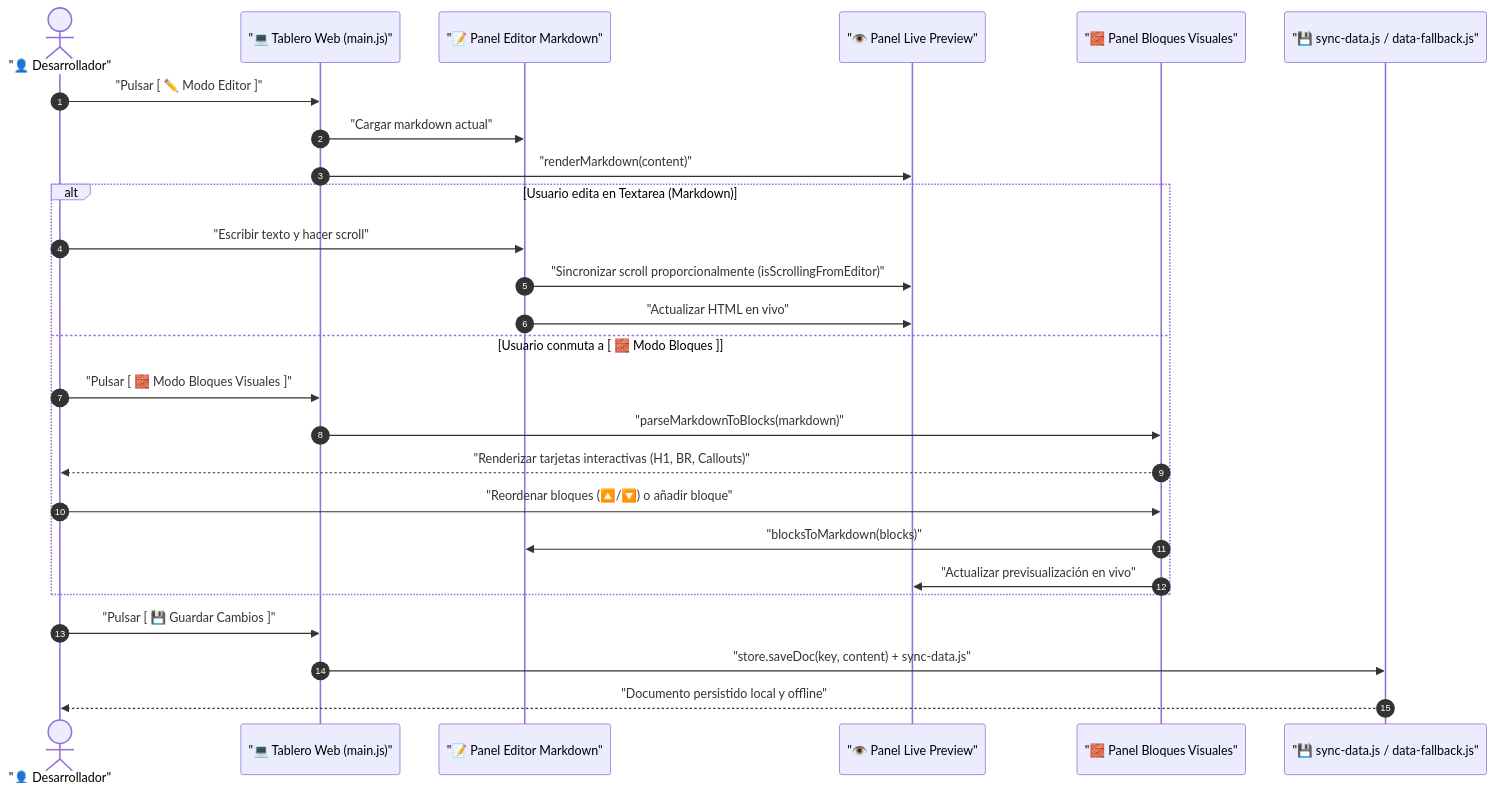
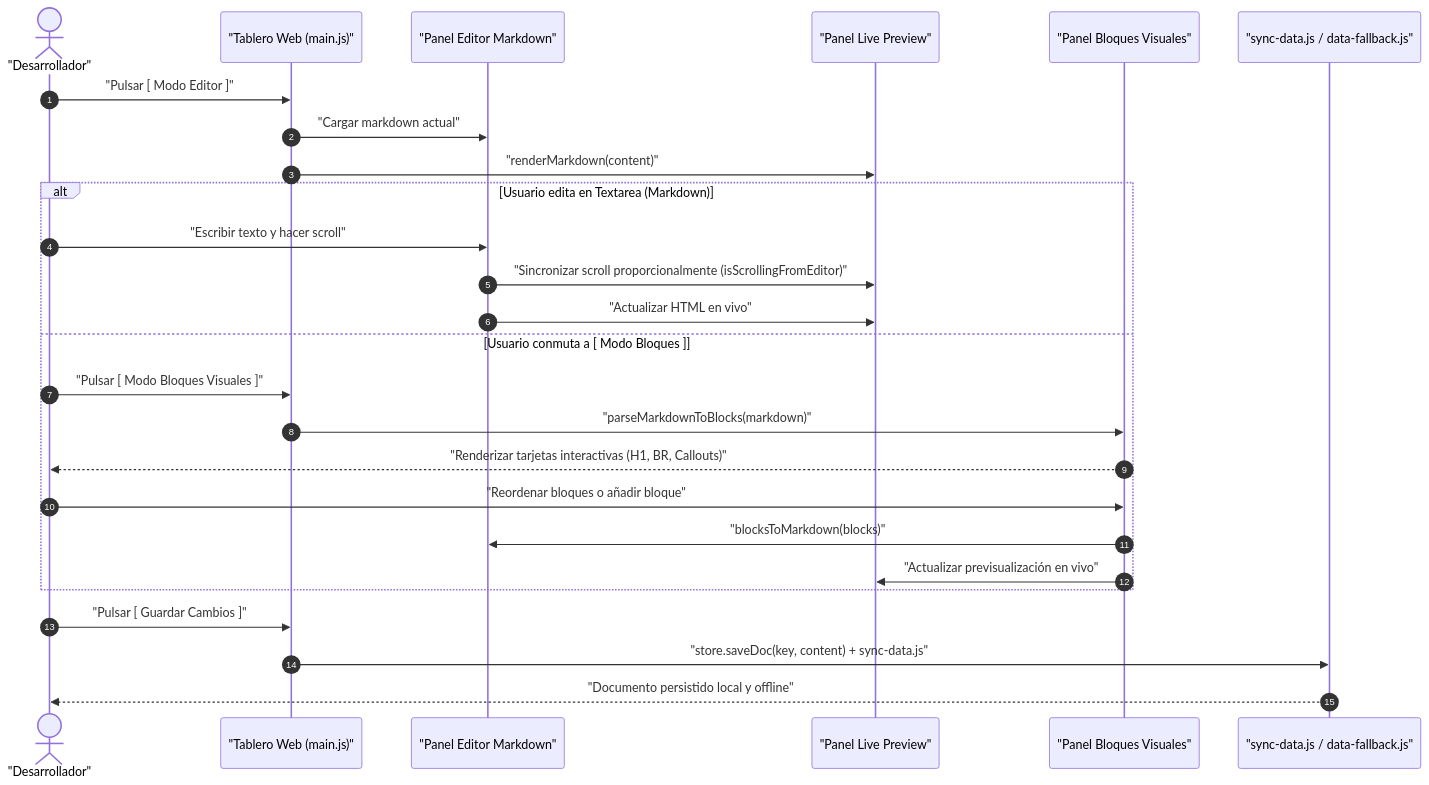
Before and after one commit to Nayid4/ContextForge: the third of 4 diagrams in project-docs/knowledge/uml-diagrams.md, drawn with Mermaid. The commit also changed other lines of this file and 32 other files, not shown here.

````diff
--- a/project-docs/knowledge/uml-diagrams.md
+++ b/project-docs/knowledge/uml-diagrams.md
@@ -109,31 +109,31 @@
 ```mermaid
 sequenceDiagram
   autonumber
-  actor User as "👤 Desarrollador"
-  participant UI as "💻 Tablero Web (main.js)"
-  participant Textarea as "📝 Panel Editor Markdown"
-  participant Preview as "👁️ Panel Live Preview"
-  participant Blocks as "🧱 Panel Bloques Visuales"
-  participant Storage as "💾 sync-data.js / data-fallback.js"
+  actor User as "Desarrollador"
+  participant UI as "Tablero Web (main.js)"
+  participant Textarea as "Panel Editor Markdown"
+  participant Preview as "Panel Live Preview"
+  participant Blocks as "Panel Bloques Visuales"
+  participant Storage as "sync-data.js / data-fallback.js"
 
-  User->>UI: "Pulsar [ ✏️ Modo Editor ]"
+  User->>UI: "Pulsar [ Modo Editor ]"
   UI->>Textarea: "Cargar markdown actual"
   UI->>Preview: "renderMarkdown(content)"
   
   alt Usuario edita en Textarea (Markdown)
     User->>Textarea: "Escribir texto y hacer scroll"
     Textarea->>Preview: "Sincronizar scroll proporcionalmente (isScrollingFromEditor)"
     Textarea->>Preview: "Actualizar HTML en vivo"
-  else Usuario conmuta a [ 🧱 Modo Bloques ]
-    User->>UI: "Pulsar [ 🧱 Modo Bloques Visuales ]"
+  else Usuario conmuta a [ Modo Bloques ]
+    User->>UI: "Pulsar [ Modo Bloques Visuales ]"
     UI->>Blocks: "parseMarkdownToBlocks(markdown)"
     Blocks-->>User: "Renderizar tarjetas interactivas (H1, BR, Callouts)"
-    User->>Blocks: "Reordenar bloques (🔼/🔽) o añadir bloque"
+    User->>Blocks: "Reordenar bloques o añadir bloque"
     Blocks->>Textarea: "blocksToMarkdown(blocks)"
     Blocks->>Preview: "Actualizar previsualización en vivo"
   end
 
-  User->>UI: "Pulsar [ 💾 Guardar Cambios ]"
+  User->>UI: "Pulsar [ Guardar Cambios ]"
   UI->>Storage: "store.saveDoc(key, content) + sync-data.js"
   Storage-->>User: "Documento persistido local y offline"
 ```
````
